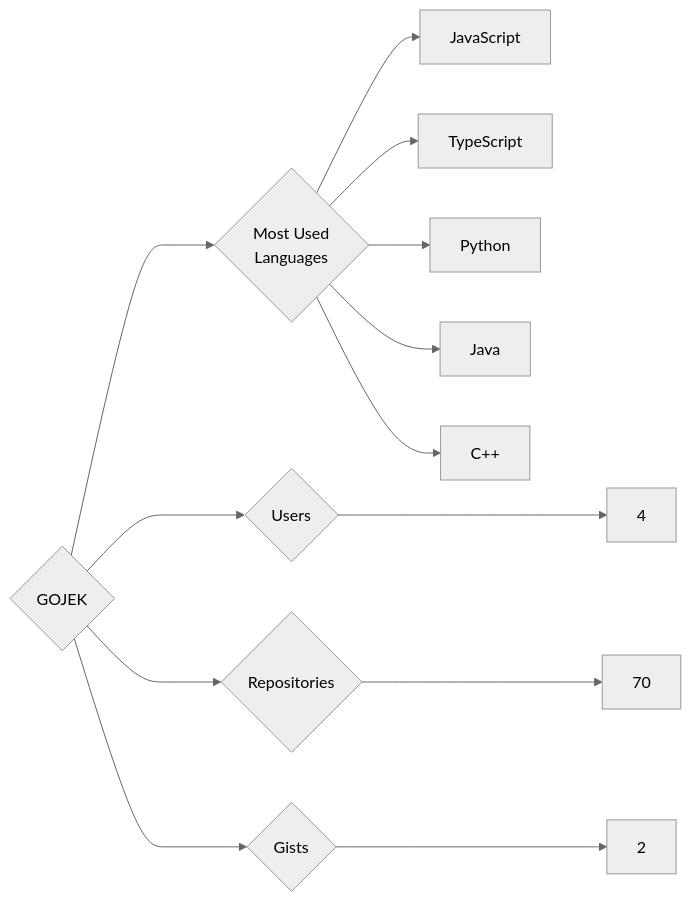
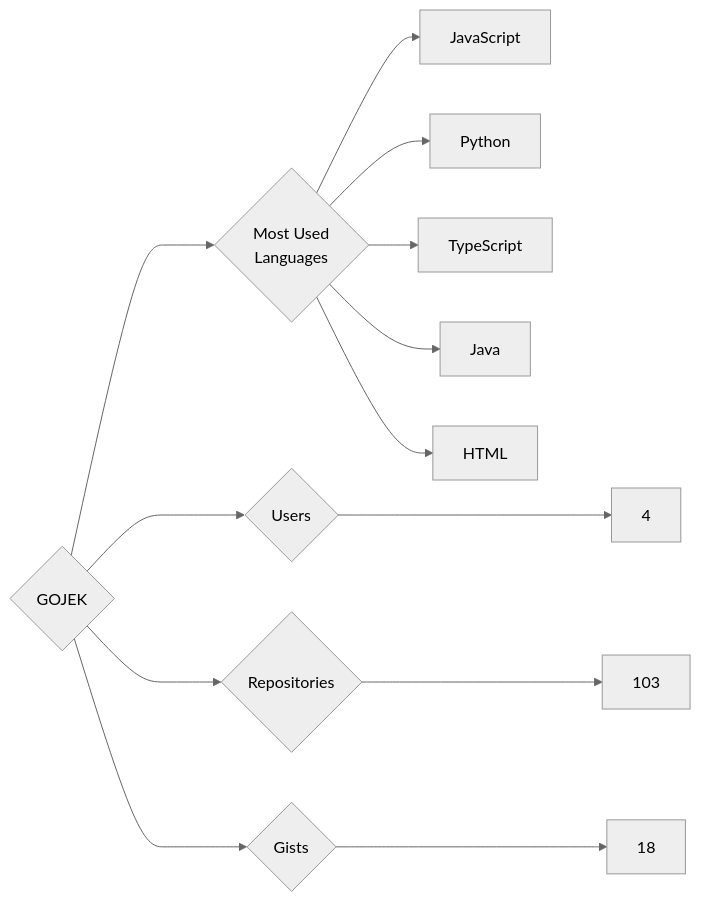
Before and after one commit to trickest/insiders: the diagram in targets/GOJEK/README.md, drawn with Mermaid (neutral theme). The commit also changed 1003 other files, not shown here.

````diff
--- a/targets/GOJEK/README.md
+++ b/targets/GOJEK/README.md
@@ -3,13 +3,13 @@
 ```mermaid
 graph LR
 COMPANY_NAME{GOJEK}
 COMPANY_NAME ---> U{Users} ---> UN[4]
-COMPANY_NAME ---> R{Repositories} ---> RN[70]
-COMPANY_NAME ---> G{Gists} ---> GN[2]
+COMPANY_NAME ---> R{Repositories} ---> RN[103]
+COMPANY_NAME ---> G{Gists} ---> GN[18]
 COMPANY_NAME ---> ML{Most Used<br>Languages}
 ML --> JavaScript[JavaScript]
+ML --> Python[Python]
 ML --> TypeScript[TypeScript]
-ML --> Python[Python]
 ML --> Java[Java]
-ML --> C++[C++]
+ML --> HTML[HTML]
 ```
````
